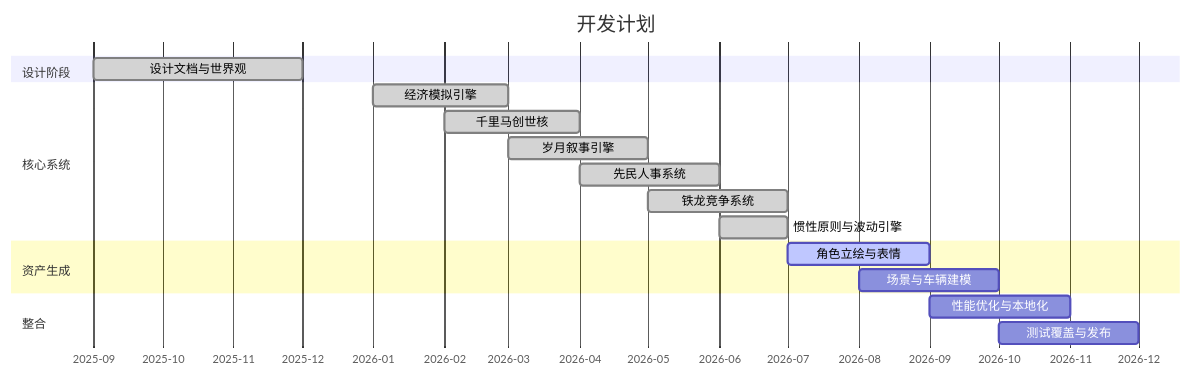
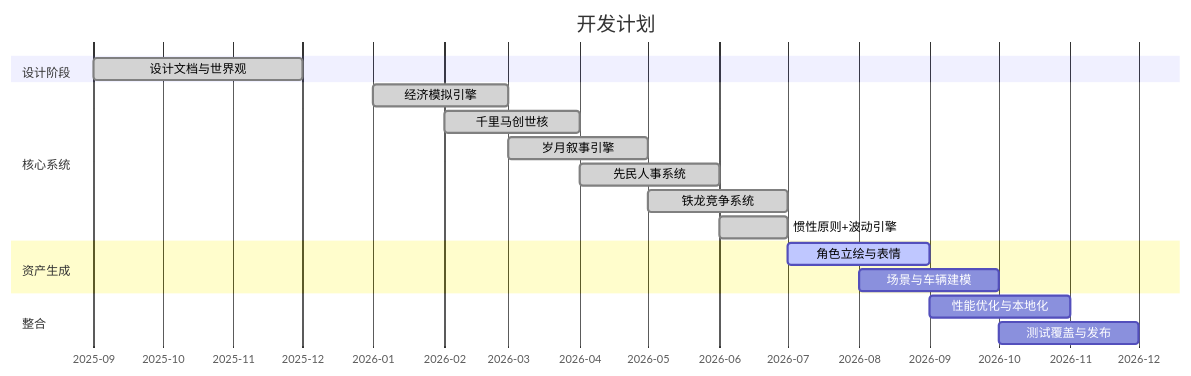
The seventh of 8 diagrams in README.zh-CN.md (NMDX0721/RailwayRenaissance), drawn with Mermaid before and after one commit. The commit also changed other lines of this file and 1 other file, not shown here.

Commit message:
docs: fix gantt label alignment, set timeline text color to black

````diff
--- a/README.zh-CN.md
+++ b/README.zh-CN.md
@@ -627,21 +628,21 @@
 ```mermaid
 gantt
     title 开发计划
     dateFormat  YYYY-MM
     axisFormat  %Y-%m
     section 设计阶段
     设计文档与世界观       :done, 2025-09, 2025-12
     section 核心系统
     经济模拟引擎           :done, 2026-01, 2026-03
     千里马创世核           :done, 2026-02, 2026-04
     岁月叙事引擎           :done, 2026-03, 2026-05
     先民人事系统           :done, 2026-04, 2026-06
     铁龙竞争系统           :done, 2026-05, 2026-07
-    惯性原则与波动引擎     :done, 2026-06, 2026-07
+    惯性原则+波动引擎     :done, 2026-06, 2026-07
     section 资产生成
     角色立绘与表情         :active, 2026-07, 2026-09
     场景与车辆建模         :2026-08, 2026-10
     section 整合
     性能优化与本地化       :2026-09, 2026-11
     测试覆盖与发布         :2026-10, 2026-12
 ```
````
